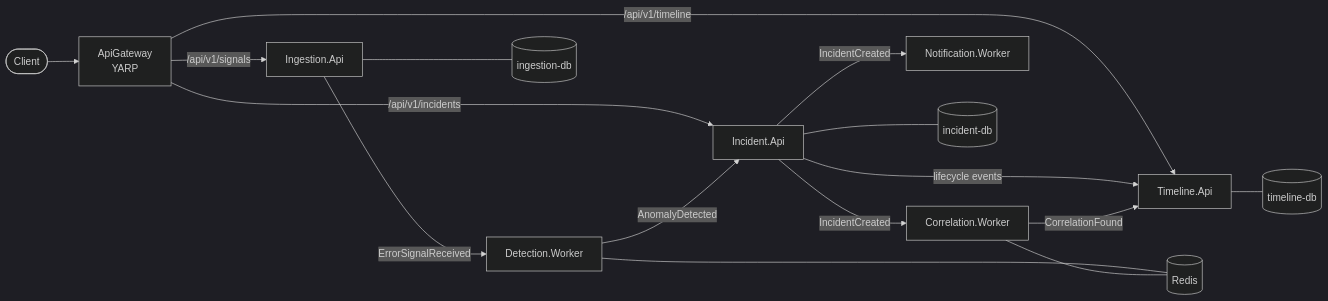
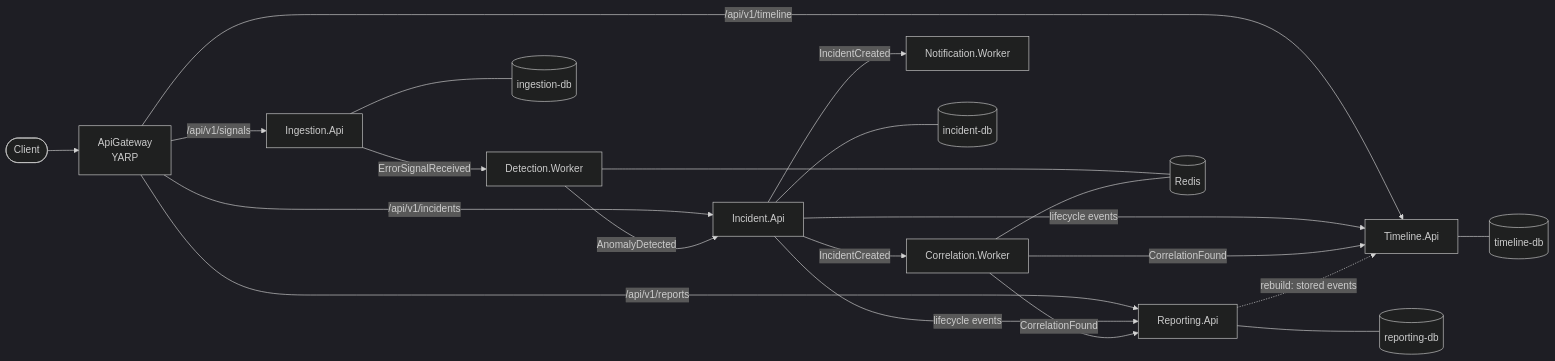
Before and after one commit to Fikhri02/incident-flow: the diagram in README.md, drawn with Mermaid (dark theme). The commit also changed other lines of this file and 15 other files, not shown here.

````diff
--- a/README.md
+++ b/README.md
@@ -13,21 +14,26 @@
 ```mermaid
 flowchart LR
     client([Client]) --> gw[ApiGateway<br/>YARP]
 
     gw -->|/api/v1/signals| ing[Ingestion.Api]
     gw -->|/api/v1/incidents| inc[Incident.Api]
     gw -->|/api/v1/timeline| tl[Timeline.Api]
+    gw -->|/api/v1/reports| rep[Reporting.Api]
 
     ing -->|ErrorSignalReceived| det[Detection.Worker]
     det -->|AnomalyDetected| inc
     inc -->|IncidentCreated| corr[Correlation.Worker]
     inc -->|IncidentCreated| notif[Notification.Worker]
     inc -->|lifecycle events| tl
     corr -->|CorrelationFound| tl
+    inc -->|lifecycle events| rep
+    corr -->|CorrelationFound| rep
+    rep -.->|rebuild: stored events| tl
 
     ing --- ingdb[(ingestion-db)]
     inc --- incdb[(incident-db)]
     tl --- tldb[(timeline-db)]
+    rep --- repdb[(reporting-db)]
     det --- redis[(Redis)]
     corr --- redis
 ```
````
